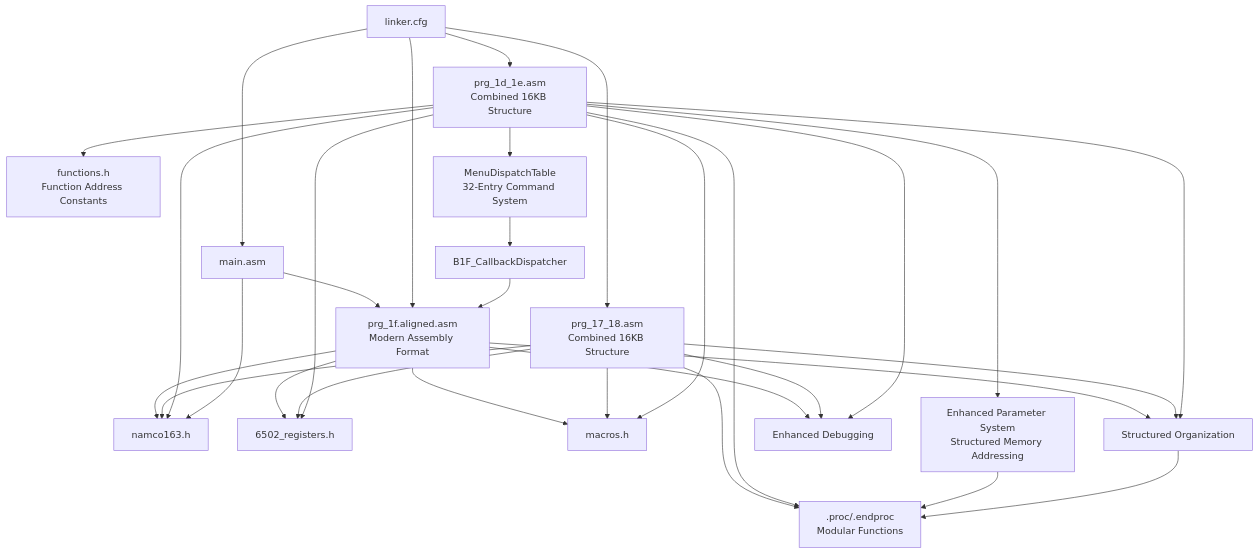
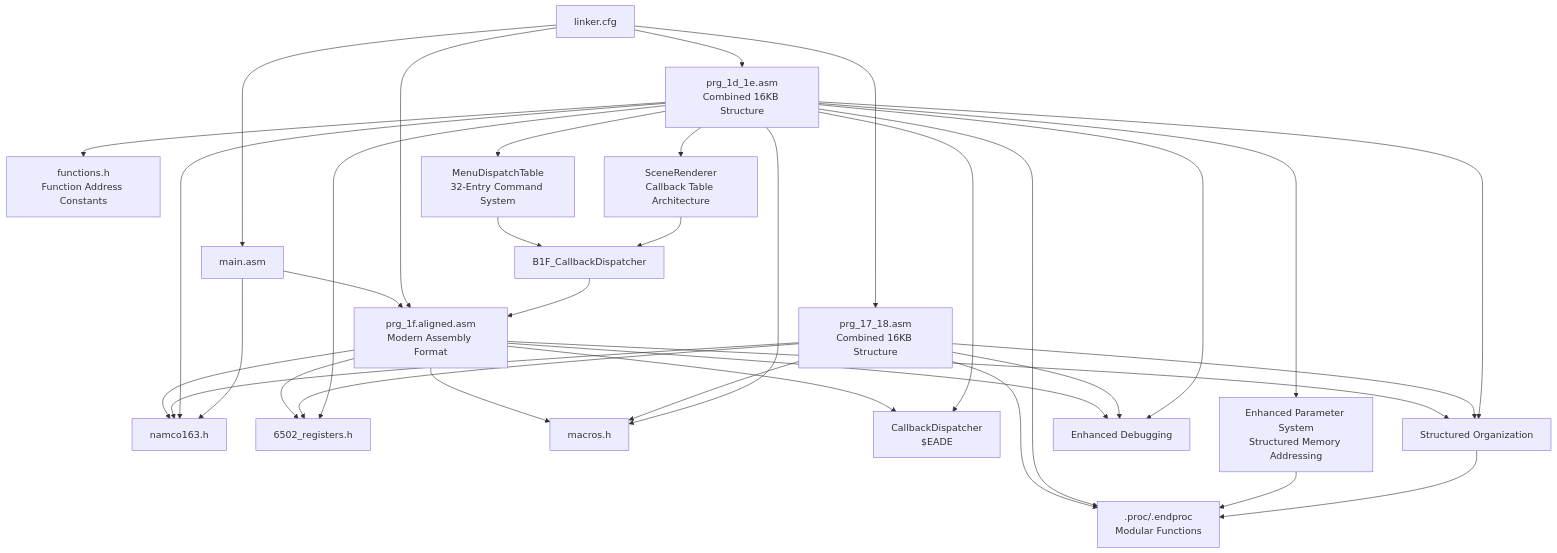
Diagram 14 of 14 in .qoder/repowiki/en/content/Assembly Architecture/Assembly Architecture.md (rabbyzero/sango2dasm), drawn with Mermaid before and after one commit. The commit also changed other lines of this file and 23 other files, not shown here.

````diff
--- a/.qoder/repowiki/en/content/Assembly Architecture/Assembly Architecture.md
+++ b/.qoder/repowiki/en/content/Assembly Architecture/Assembly Architecture.md
@@ -830,33 +997,37 @@
 ```mermaid
 graph TB
 ALIGNED["prg_1f.aligned.asm<br/>Modern Assembly Format"] --> NAMCO["namco163.h"]
 ALIGNED --> REGS["6502_registers.h"]
 ALIGNED --> MACROS["macros.h"]
+ALIGNED --> CALLBACKDISP["CallbackDispatcher<br/>$EADE"]
 COMBINED17_18["prg_17_18.asm<br/>Combined 16KB Structure"] --> NAMCO
 COMBINED17_18 --> REGS
 COMBINED17_18 --> MACROS
 COMBINED1D_1E["prg_1d_1e.asm<br/>Combined 16KB Structure"] --> NAMCO
 COMBINED1D_1E --> REGS
 COMBINED1D_1E --> MACROS
 COMBINED1D_1E --> FUNCTIONS["functions.h<br/>Function Address Constants"]
 COMBINED1D_1E --> PARAMSYS["Enhanced Parameter System<br/>Structured Memory Addressing"]
 COMBINED1D_1E --> MENUDISPATCH["MenuDispatchTable<br/>32-Entry Command System"]
+COMBINED1D_1E --> SCENERENDERER["SceneRenderer<br/>Callback Table Architecture"]
+COMBINED1D_1E --> CALLBACKDISP
 MAIN["main.asm"] --> ALIGNED
 MAIN --> NAMCO
 LCFG["linker.cfg"] --> ALIGNED
 LCFG --> COMBINED17_18
 LCFG --> COMBINED1D_1E
 LCFG --> MAIN
 ALIGNED --> STRUCT["Structured Organization"]
 COMBINED17_18 --> STRUCT
 COMBINED1D_1E --> STRUCT
 ALIGNED --> DEBUG["Enhanced Debugging"]
 COMBINED17_18 --> DEBUG
 COMBINED1D_1E --> DEBUG
 COMBINED17_18 --> PROC[".proc/.endproc<br/>Modular Functions"]
 COMBINED1D_1E --> PROC
 PARAMSYS --> PROC
 STRUCT --> PROC
-MENUDISPATCH --> CALLBACK["B1F_CallbackDispatcher"]
-CALLBACK --> ALIGNED
+MENUDISPATCH --> CALLBACKEVAL["B1F_CallbackDispatcher"]
+SCENERENDERER --> CALLBACKEVAL
+CALLBACKEVAL --> ALIGNED
 ```
````
